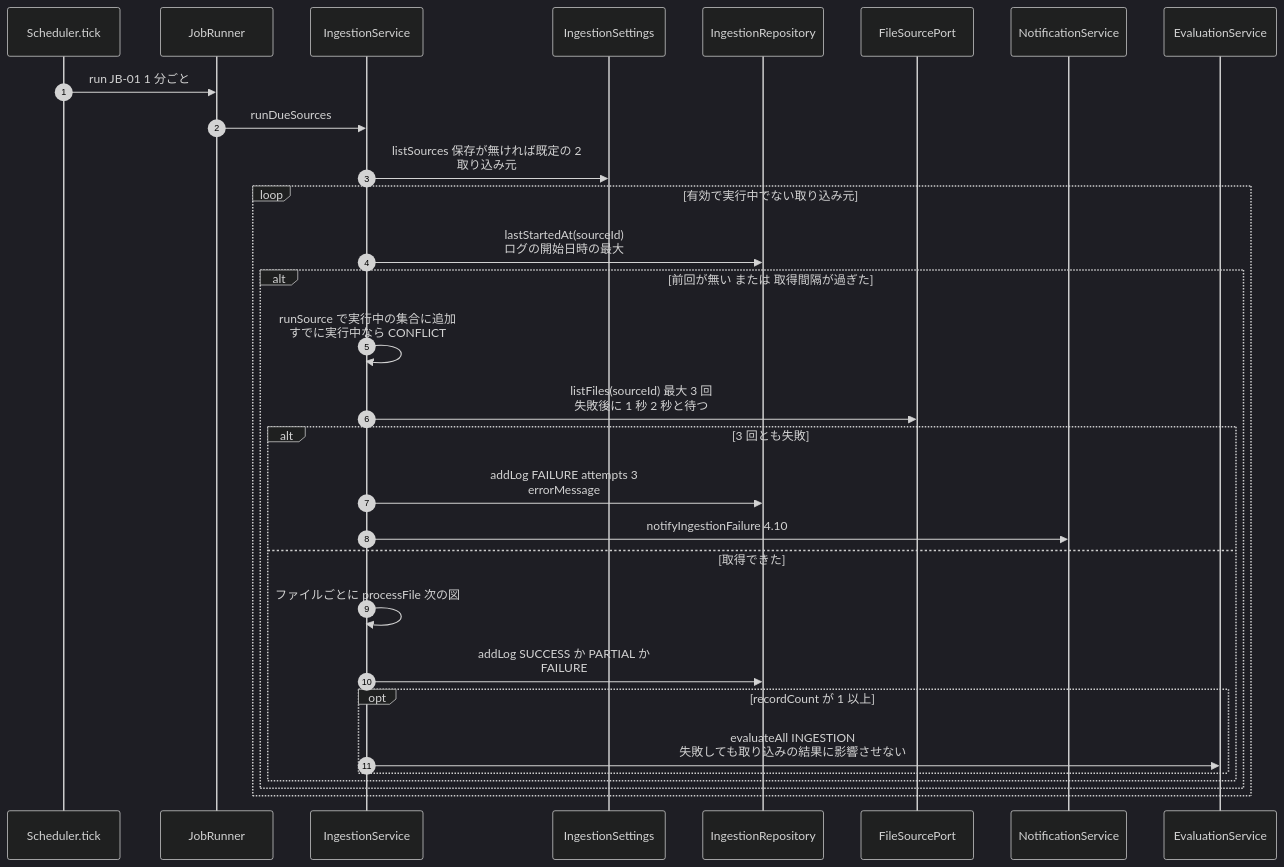
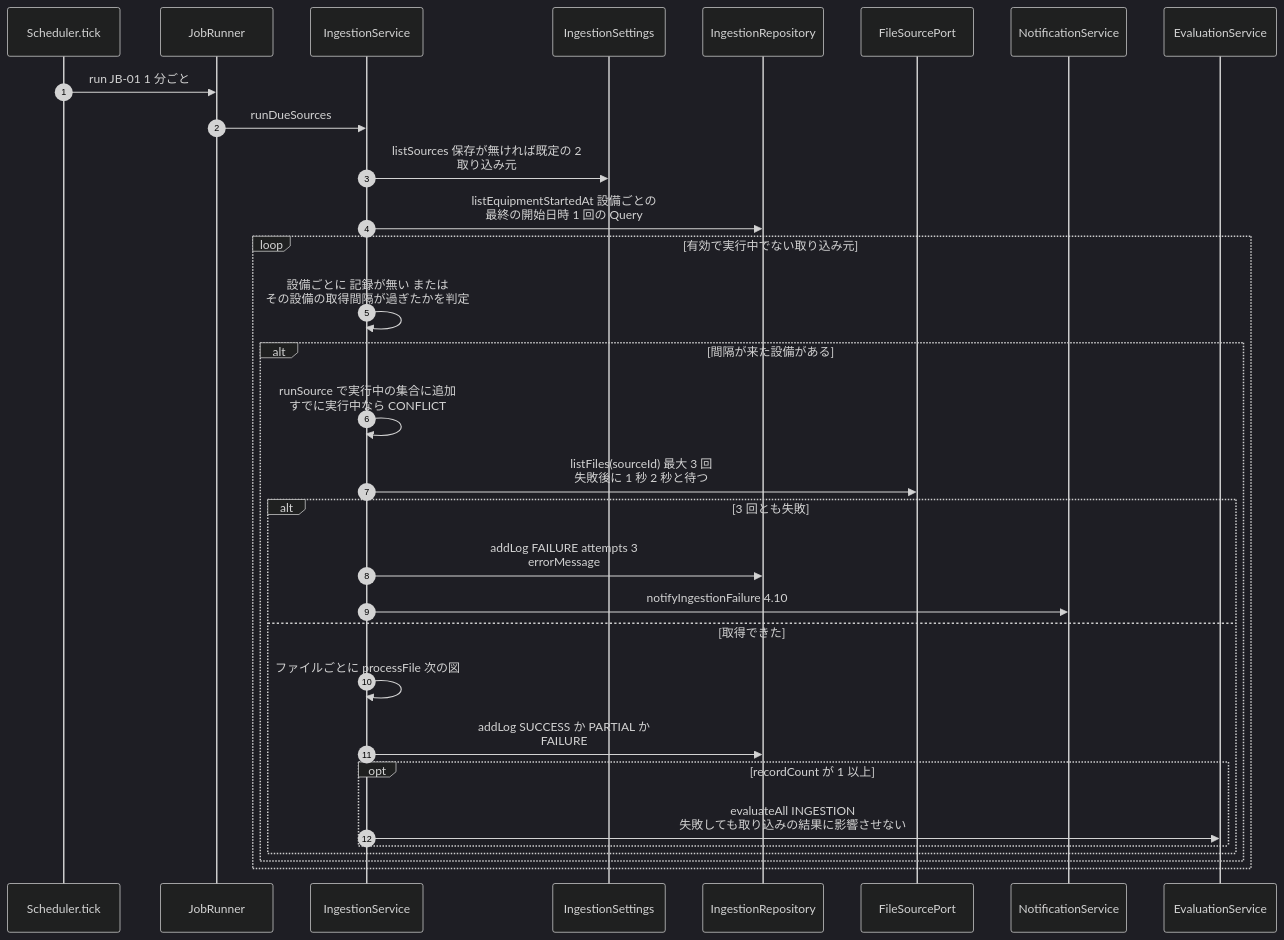
Diagram 20 of 46 in docs/10_design/architecture/as-built.md (NS-APU/smart-farm-monitoring), drawn with Mermaid (dark theme) before and after one commit. The commit also changed other lines of this file and 24 other files, not shown here.

````diff
--- a/docs/10_design/architecture/as-built.md
+++ b/docs/10_design/architecture/as-built.md
@@ -1531,33 +1531,34 @@
 ```mermaid
 sequenceDiagram
   autonumber
   participant SCH as Scheduler.tick
   participant JR as JobRunner
   participant IS as IngestionService
   participant ST as IngestionSettings
   participant R as IngestionRepository
   participant FSP as FileSourcePort
   participant NS as NotificationService
   participant EV as EvaluationService
 
   SCH->>JR: run JB-01 1 分ごと
   JR->>IS: runDueSources
   IS->>ST: listSources 保存が無ければ既定の 2<br>取り込み元
+  IS->>R: listEquipmentStartedAt 設備ごとの<br>最終の開始日時 1 回の Query
   loop 有効で実行中でない取り込み元
-    IS->>R: lastStartedAt(sourceId)<br>ログの開始日時の最大
-    alt 前回が無い または 取得間隔が過ぎた
+    IS->>IS: 設備ごとに 記録が無い または<br>その設備の取得間隔が過ぎたかを判定
+    alt 間隔が来た設備がある
       IS->>IS: runSource で実行中の集合に追加<br>すでに実行中なら CONFLICT
       IS->>FSP: listFiles(sourceId) 最大 3 回<br>失敗後に 1 秒 2 秒と待つ
       alt 3 回とも失敗
         IS->>R: addLog FAILURE attempts 3<br>errorMessage
         IS->>NS: notifyIngestionFailure 4.10
       else 取得できた
         IS->>IS: ファイルごとに processFile 次の図
         IS->>R: addLog SUCCESS か PARTIAL か<br>FAILURE
         opt recordCount が 1 以上
           IS->>EV: evaluateAll INGESTION<br>失敗しても取り込みの結果に影響させない
         end
       end
     end
   end
 ```
````
